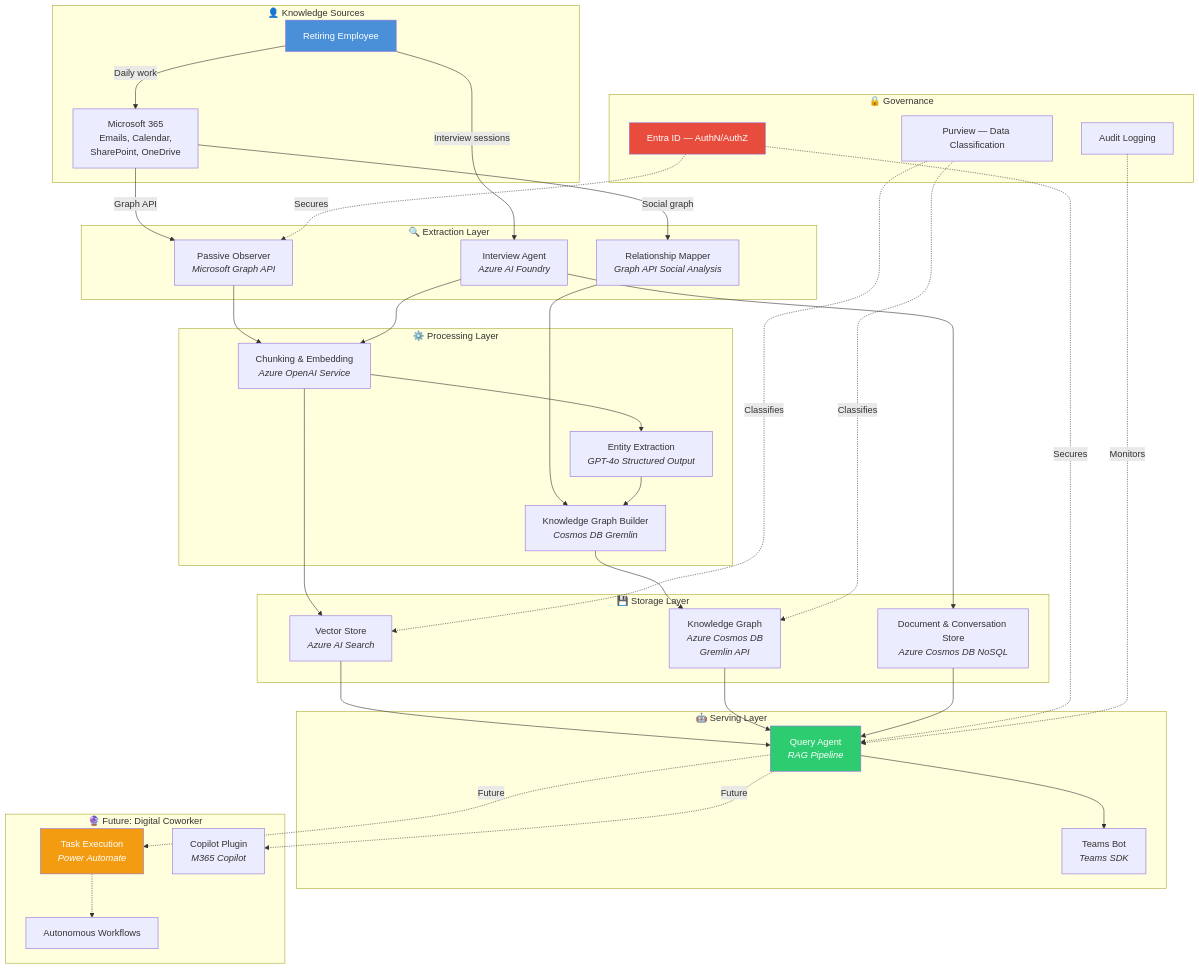
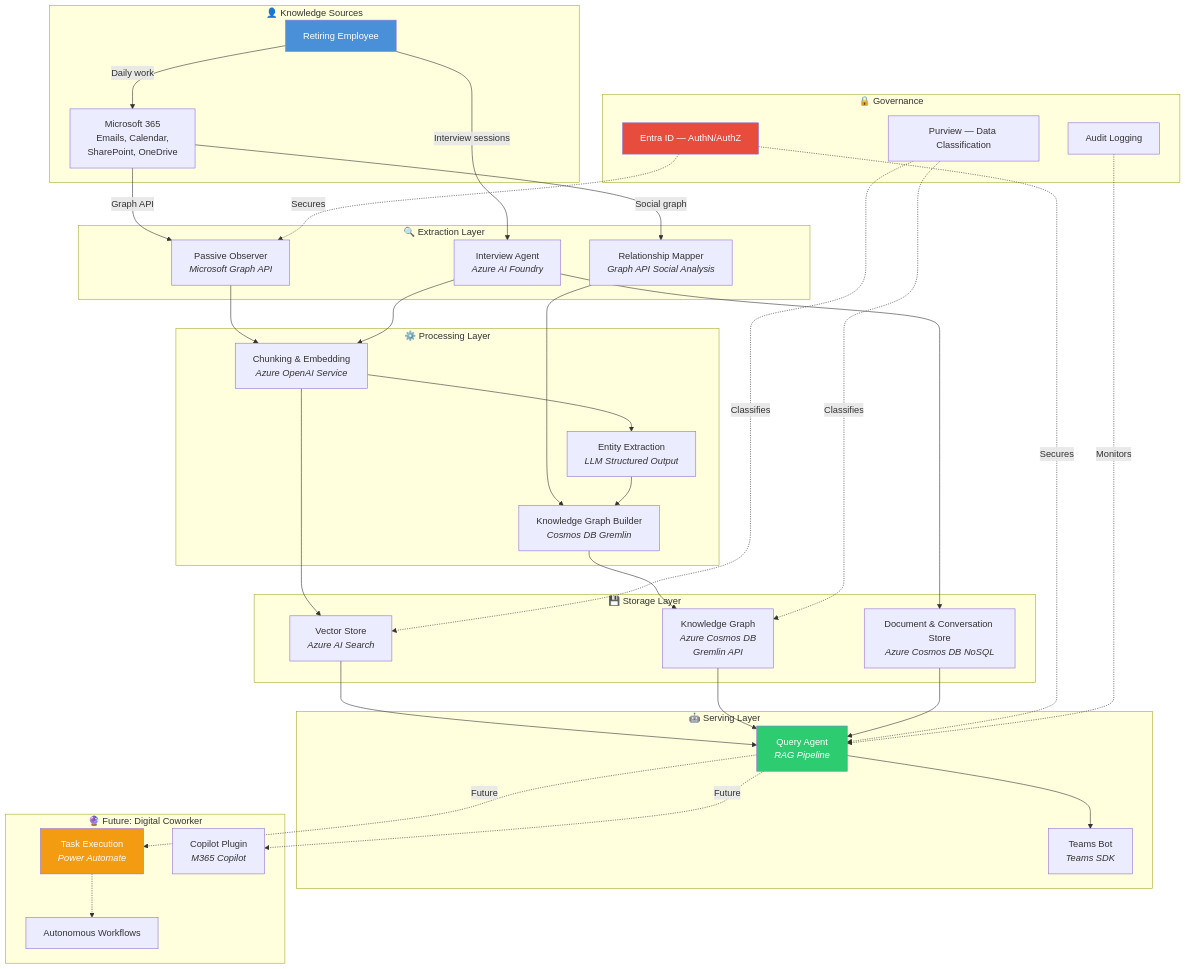
One commit to jnscnn/knowledge-transfer-agent changed the second of 2 diagrams in README.md. Above: the diagram before and after it, drawn with Mermaid. The commit also changed other lines of this file and 12 other files, not shown here.

````diff
--- a/README.md
+++ b/README.md
@@ -94,77 +94,77 @@
 ```mermaid
 graph TB
     subgraph "👤 Knowledge Sources"
         R[Retiring Employee]
         M365[Microsoft 365<br/>Emails, Calendar,<br/>SharePoint, OneDrive]
     end
 
     subgraph "🔍 Extraction Layer"
         PO[Passive Observer<br/><i>Microsoft Graph API</i>]
         IA[Interview Agent<br/><i>Azure AI Foundry</i>]
         RM[Relationship Mapper<br/><i>Graph API Social Analysis</i>]
     end
 
     subgraph "⚙️ Processing Layer"
         CE[Chunking & Embedding<br/><i>Azure OpenAI Service</i>]
-        EE[Entity Extraction<br/><i>GPT-4o Structured Output</i>]
+        EE[Entity Extraction<br/><i>LLM Structured Output</i>]
         KGB[Knowledge Graph Builder<br/><i>Cosmos DB Gremlin</i>]
     end
 
     subgraph "💾 Storage Layer"
         VS[Vector Store<br/><i>Azure AI Search</i>]
         KG[Knowledge Graph<br/><i>Azure Cosmos DB<br/>Gremlin API</i>]
         CS[Document & Conversation Store<br/><i>Azure Cosmos DB NoSQL</i>]
     end
 
     subgraph "🤖 Serving Layer"
         QA[Query Agent<br/><i>RAG Pipeline</i>]
         TB[Teams Bot<br/><i>Teams SDK</i>]
     end
 
     subgraph "🔮 Future: Digital Coworker"
         TE[Task Execution<br/><i>Power Automate</i>]
         CP[Copilot Plugin<br/><i>M365 Copilot</i>]
         AW[Autonomous Workflows]
     end
 
     subgraph "🔒 Governance"
         EID[Entra ID — AuthN/AuthZ]
         PV[Purview — Data Classification]
         AL[Audit Logging]
     end
 
     R -->|Daily work| M365
     M365 -->|Graph API| PO
     R -->|Interview sessions| IA
     M365 -->|Social graph| RM
 
     PO --> CE
     IA --> CE
     RM --> KGB
     CE --> EE
     EE --> KGB
 
     CE --> VS
     KGB --> KG
     IA --> CS
 
     VS --> QA
     KG --> QA
     CS --> QA
 
     QA --> TB
     QA -.->|Future| TE
     QA -.->|Future| CP
     TE -.-> AW
 
     EID -.->|Secures| QA
     EID -.->|Secures| PO
     PV -.->|Classifies| VS
     PV -.->|Classifies| KG
     AL -.->|Monitors| QA
 
     style R fill:#4A90D9,color:#fff
     style QA fill:#2ECC71,color:#fff
     style TE fill:#F39C12,color:#fff
     style EID fill:#E74C3C,color:#fff
 ```
````
